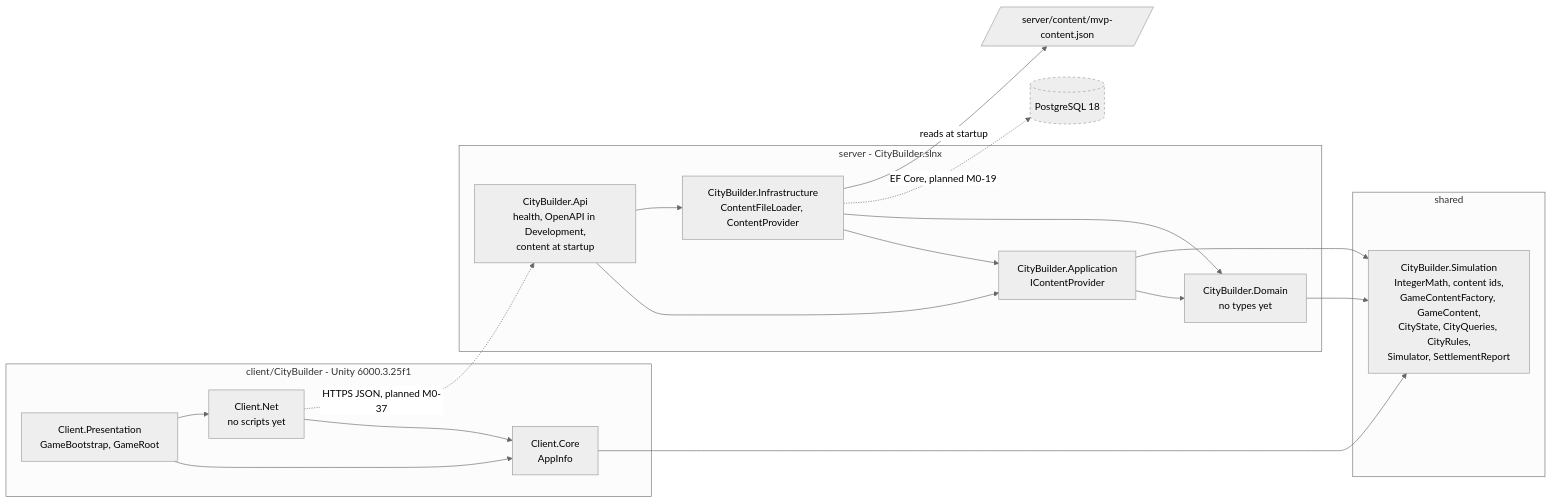
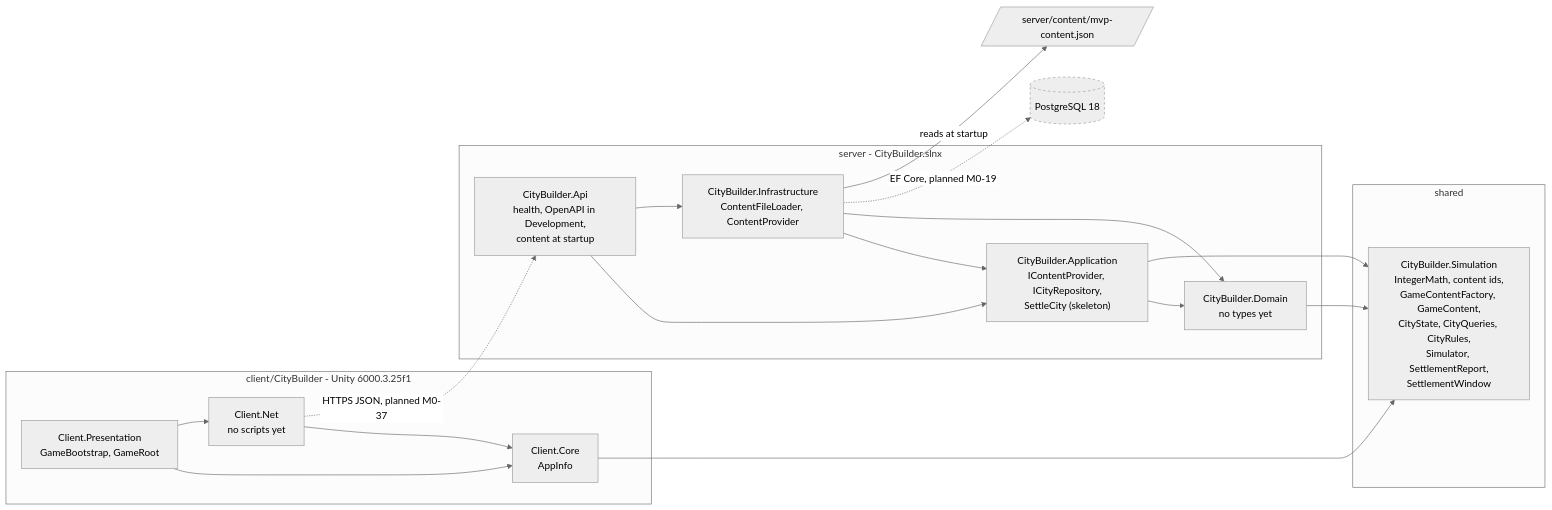
Before and after one commit to Samurai-netizen/citybuild: the diagram in docs/architecture/overview.md, drawn with Mermaid (neutral theme). The commit also changed other lines of this file and 22 other files, not shown here.

First line of the commit message:
feat(M0-13): settlement window and SettleCity skeleton (#21)

````diff
--- a/docs/architecture/overview.md
+++ b/docs/architecture/overview.md
@@ -14,35 +14,35 @@
 ```mermaid
 flowchart LR
   subgraph clientside["client/CityBuilder - Unity 6000.3.25f1"]
     PRES["Client.Presentation<br/>GameBootstrap, GameRoot"]
     NET["Client.Net<br/>no scripts yet"]
     CORE["Client.Core<br/>AppInfo"]
   end
   subgraph sharedside["shared"]
-    SIM["CityBuilder.Simulation<br/>IntegerMath, content ids,<br/>GameContentFactory, GameContent,<br/>CityState, CityQueries, CityRules,<br/>Simulator, SettlementReport"]
+    SIM["CityBuilder.Simulation<br/>IntegerMath, content ids,<br/>GameContentFactory, GameContent,<br/>CityState, CityQueries, CityRules,<br/>Simulator, SettlementReport,<br/>SettlementWindow"]
   end
   subgraph serverside["server - CityBuilder.slnx"]
     API["CityBuilder.Api<br/>health, OpenAPI in Development,<br/>content at startup"]
     INF["CityBuilder.Infrastructure<br/>ContentFileLoader, ContentProvider"]
-    APP["CityBuilder.Application<br/>IContentProvider"]
+    APP["CityBuilder.Application<br/>IContentProvider, ICityRepository,<br/>SettleCity (skeleton)"]
     DOM["CityBuilder.Domain<br/>no types yet"]
   end
   DB[("PostgreSQL 18")]
   FILE[/"server/content/mvp-content.json"/]
   PRES --> CORE
   PRES --> NET
   NET --> CORE
   CORE --> SIM
   API --> APP
   API --> INF
   INF --> APP
   INF --> DOM
   APP --> DOM
   APP --> SIM
   DOM --> SIM
   NET -.->|"HTTPS JSON, planned M0-37"| API
   INF -.->|"EF Core, planned M0-19"| DB
   INF -->|"reads at startup"| FILE
   classDef planned stroke-dasharray: 4 4
   class DB planned
 ```
````
